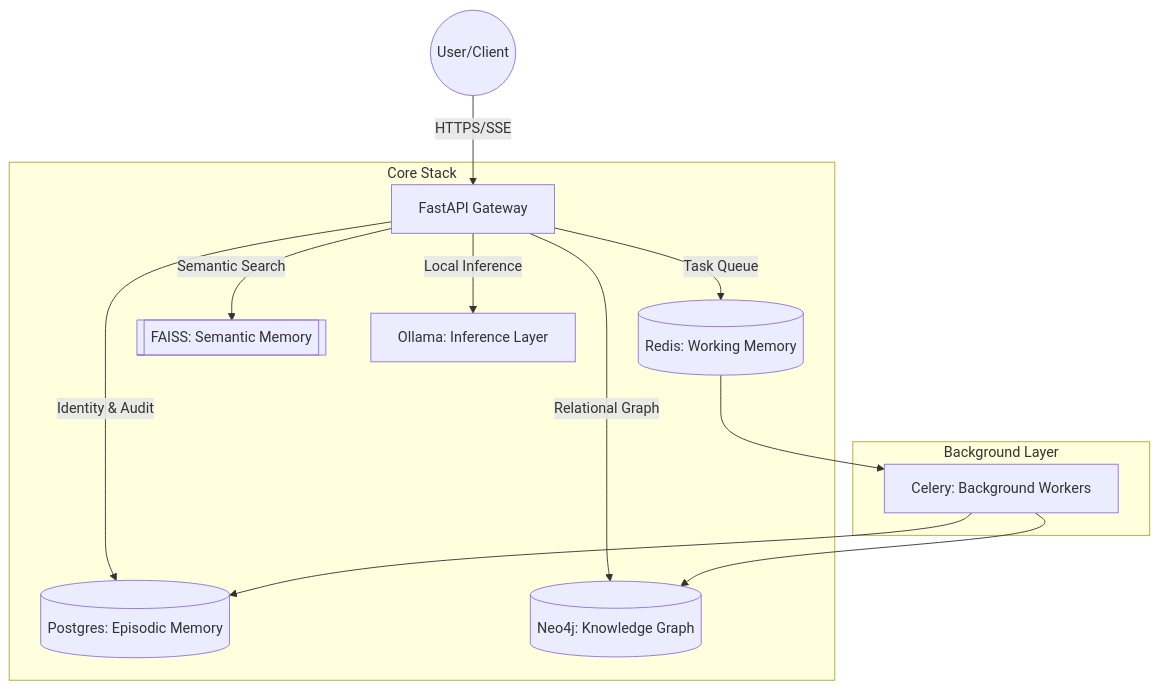
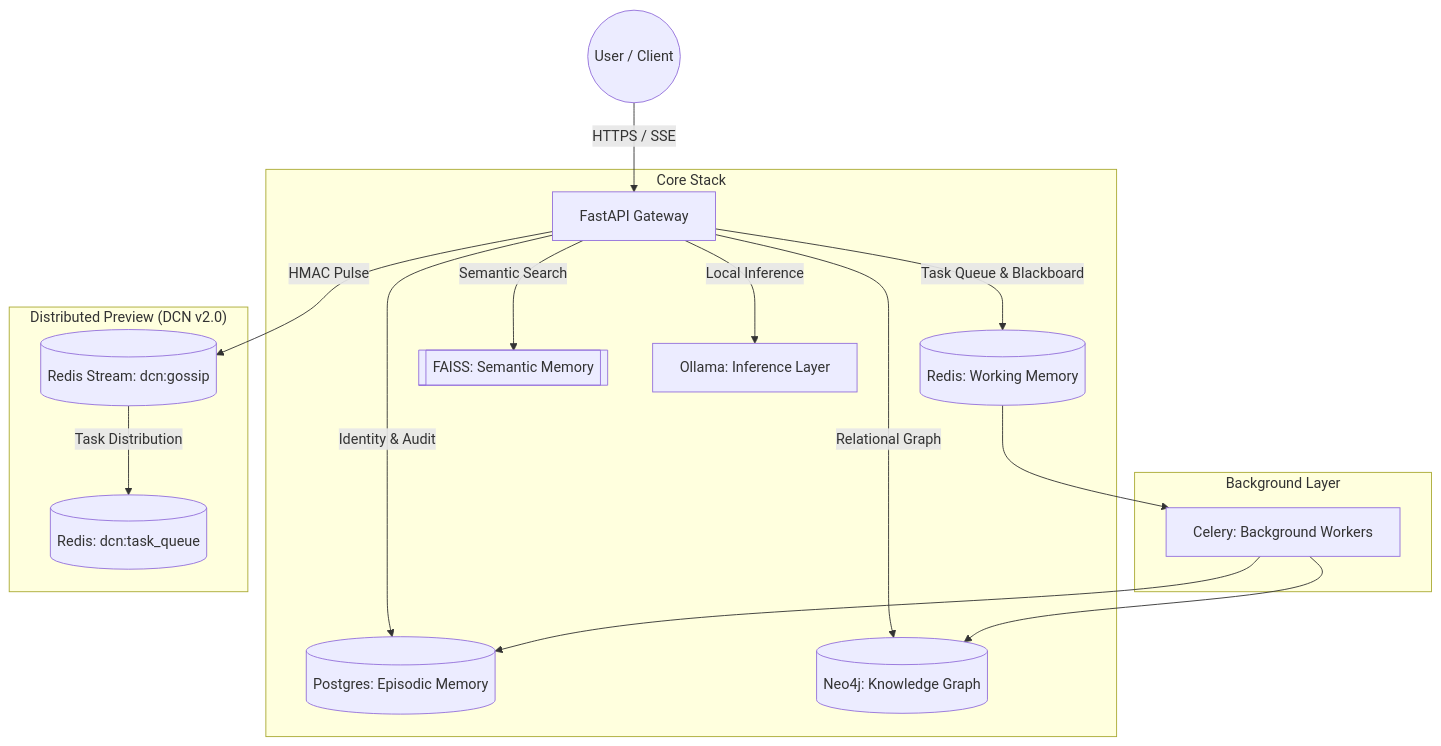
The diagram in docs/DEPLOYMENT.md (Blackdrg/levi-ai-innovate), drawn with Mermaid before and after one commit. The commit also changed other lines of this file and 116 other files, not shown here.

````diff
--- a/docs/DEPLOYMENT.md
+++ b/docs/DEPLOYMENT.md
@@ -13,18 +11,23 @@
 ```mermaid
 graph TD
-    User((User/Client)) -->|HTTPS/SSE| Gateway[FastAPI Gateway]
-    
+    User((User / Client)) -->|HTTPS / SSE| Gateway[FastAPI Gateway]
+
     subgraph "Core Stack"
         Gateway -->|Identity & Audit| Postgres[(Postgres: Episodic Memory)]
-        Gateway -->|Task Queue| Redis[(Redis: Working Memory)]
+        Gateway -->|Task Queue & Blackboard| Redis[(Redis: Working Memory)]
         Gateway -->|Relational Graph| Neo4j[(Neo4j: Knowledge Graph)]
         Gateway -->|Semantic Search| FAISS[[FAISS: Semantic Memory]]
         Gateway -->|Local Inference| Ollama[Ollama: Inference Layer]
     end
     
     subgraph "Background Layer"
         Redis --> Worker[Celery: Background Workers]
         Worker --> Postgres
         Worker --> Neo4j
     end
+    
+    subgraph "Distributed Preview (DCN v2.0)"
+        Gateway -->|HMAC Pulse| GossipStream[(Redis Stream: dcn:gossip)]
+        GossipStream -->|Task Distribution| TaskQueue[(Redis: dcn:task_queue)]
+    end
 ```
````
